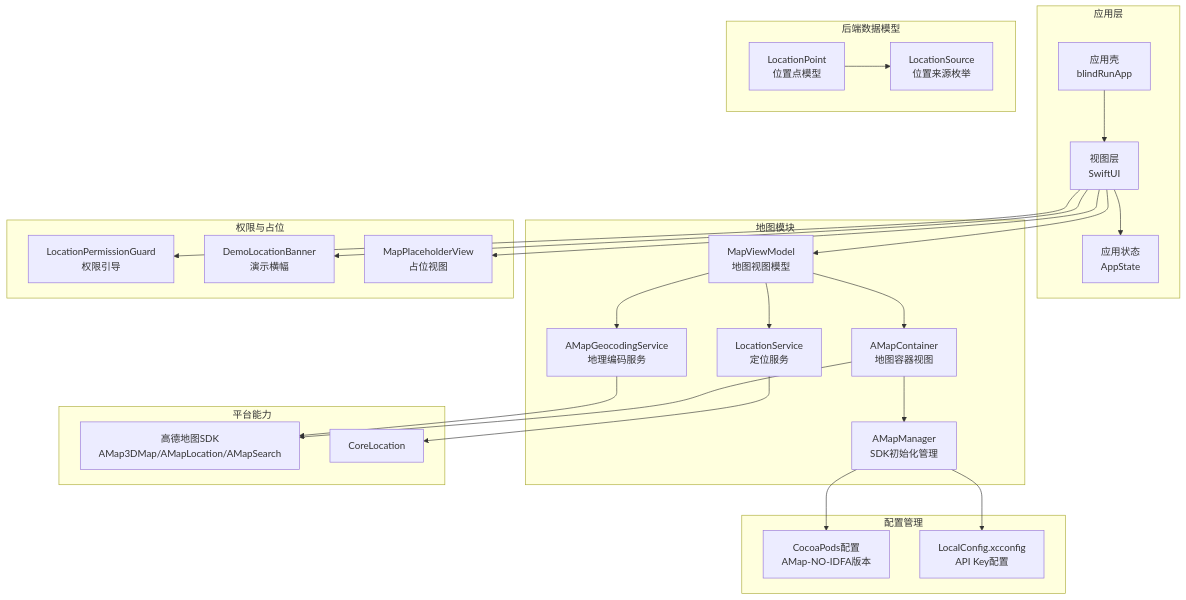
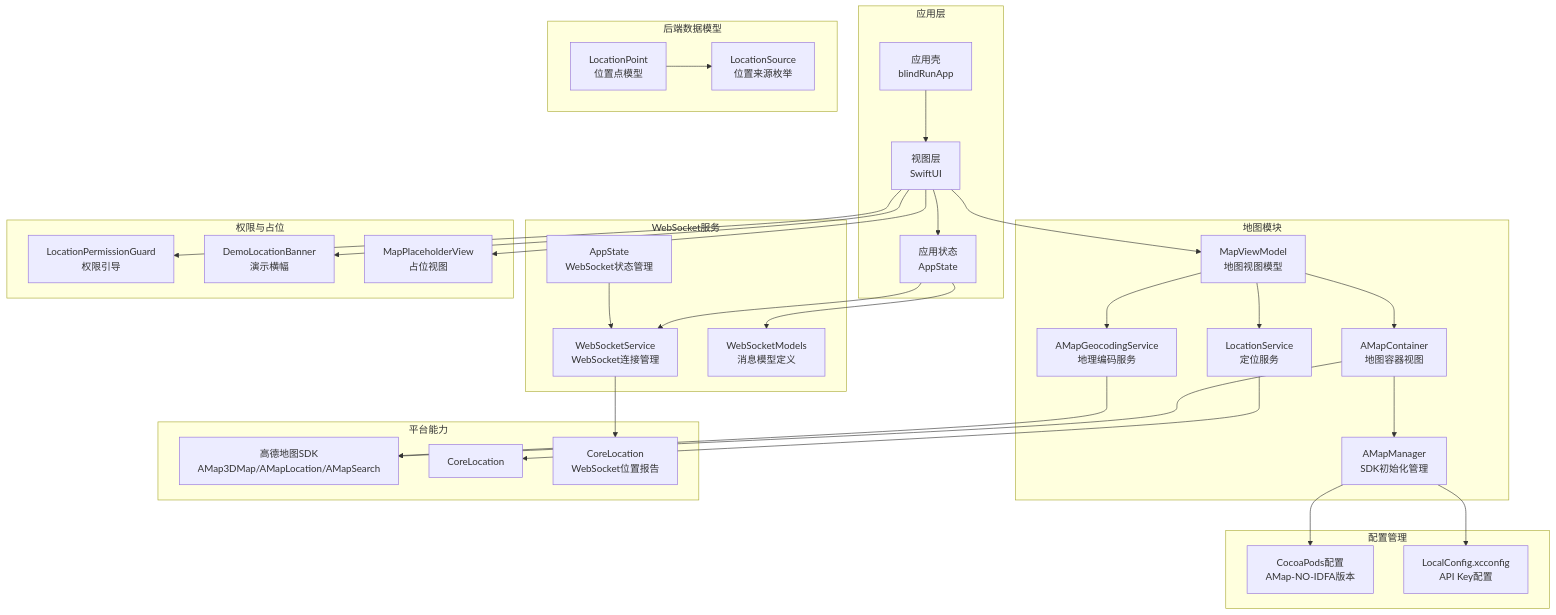
The first of 7 diagrams in .qoder/repowiki/zh/content/核心功能模块/地图与定位服务/地图与定位服务.md (Jayden23018/blind-run-ios), drawn with Mermaid before and after one commit. The commit also changed other lines of this file and 23 other files, not shown here.

Commit message:
Implement MVP booking and volunteer flow updates

````diff
--- a/.qoder/repowiki/zh/content/核心功能模块/地图与定位服务/地图与定位服务.md
+++ b/.qoder/repowiki/zh/content/核心功能模块/地图与定位服务/地图与定位服务.md
@@ -65,48 +73,58 @@
 ```mermaid
 graph TB
 subgraph "应用层"
 App["应用壳<br/>blindRunApp"]
 Views["视图层<br/>SwiftUI"]
 AppState["应用状态<br/>AppState"]
 end
 subgraph "地图模块"
 AMapMgr["AMapManager<br/>SDK初始化管理"]
 AMapContainer["AMapContainer<br/>地图容器视图"]
 AMapGeo["AMapGeocodingService<br/>地理编码服务"]
 MapVM["MapViewModel<br/>地图视图模型"]
 LocationSvc["LocationService<br/>定位服务"]
 end
+subgraph "WebSocket服务"
+WS["WebSocketService<br/>WebSocket连接管理"]
+WSModels["WebSocketModels<br/>消息模型定义"]
+AppStateWS["AppState<br/>WebSocket状态管理"]
+end
 subgraph "权限与占位"
 PermGuard["LocationPermissionGuard<br/>权限引导"]
 DemoBanner["DemoLocationBanner<br/>演示横幅"]
 MapPlaceholder["MapPlaceholderView<br/>占位视图"]
 end
 subgraph "平台能力"
 AMapSDK["高德地图SDK<br/>AMap3DMap/AMapLocation/AMapSearch"]
 CoreLocation["CoreLocation"]
+CoreLocationWS["CoreLocation<br/>WebSocket位置报告"]
 end
 subgraph "配置管理"
 Podfile["CocoaPods配置<br/>AMap-NO-IDFA版本"]
 XCConfig["LocalConfig.xcconfig<br/>API Key配置"]
 end
 subgraph "后端数据模型"
 LocationPoint["LocationPoint<br/>位置点模型"]
 LocationSource["LocationSource<br/>位置来源枚举"]
 end
 App --> Views
 Views --> AppState
 Views --> MapVM
 MapVM --> AMapContainer
 MapVM --> LocationSvc
 MapVM --> AMapGeo
 AMapContainer --> AMapMgr
 AMapContainer --> AMapSDK
 AMapGeo --> AMapSDK
 LocationSvc --> CoreLocation
 Views --> PermGuard
 Views --> DemoBanner
 Views --> MapPlaceholder
 AMapMgr --> Podfile
 AMapMgr --> XCConfig
+AppState --> WS
+AppState --> WSModels
+AppStateWS --> WS
+WS --> CoreLocationWS
 LocationPoint --> LocationSource
 ```
````
